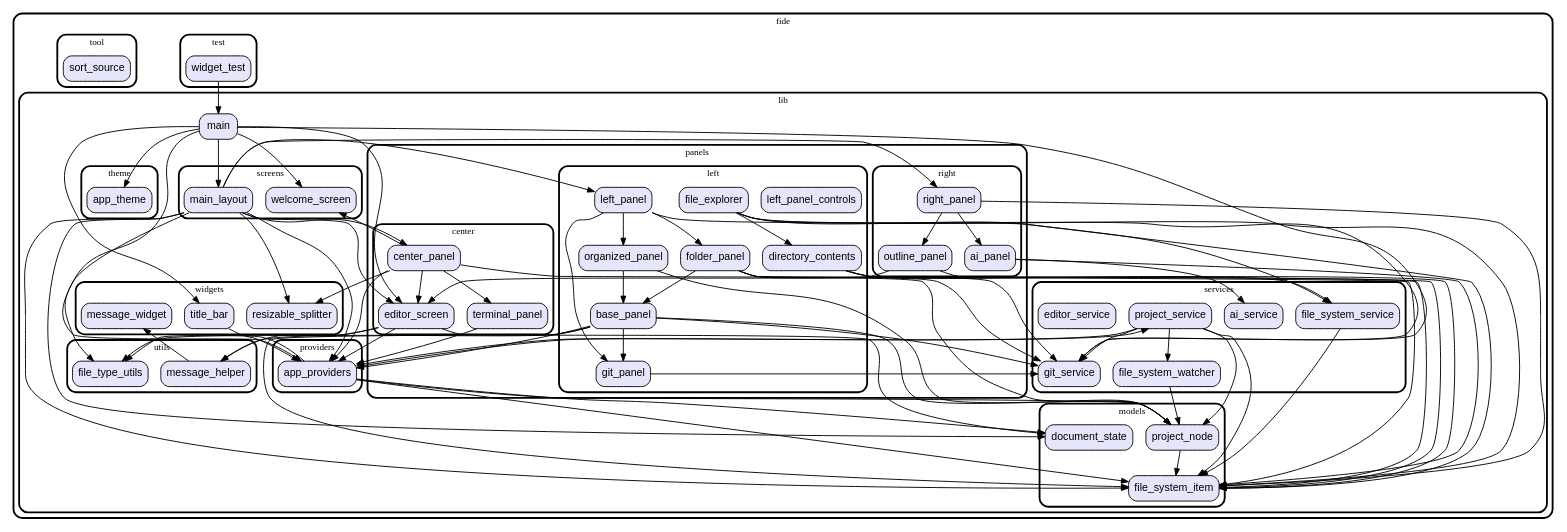
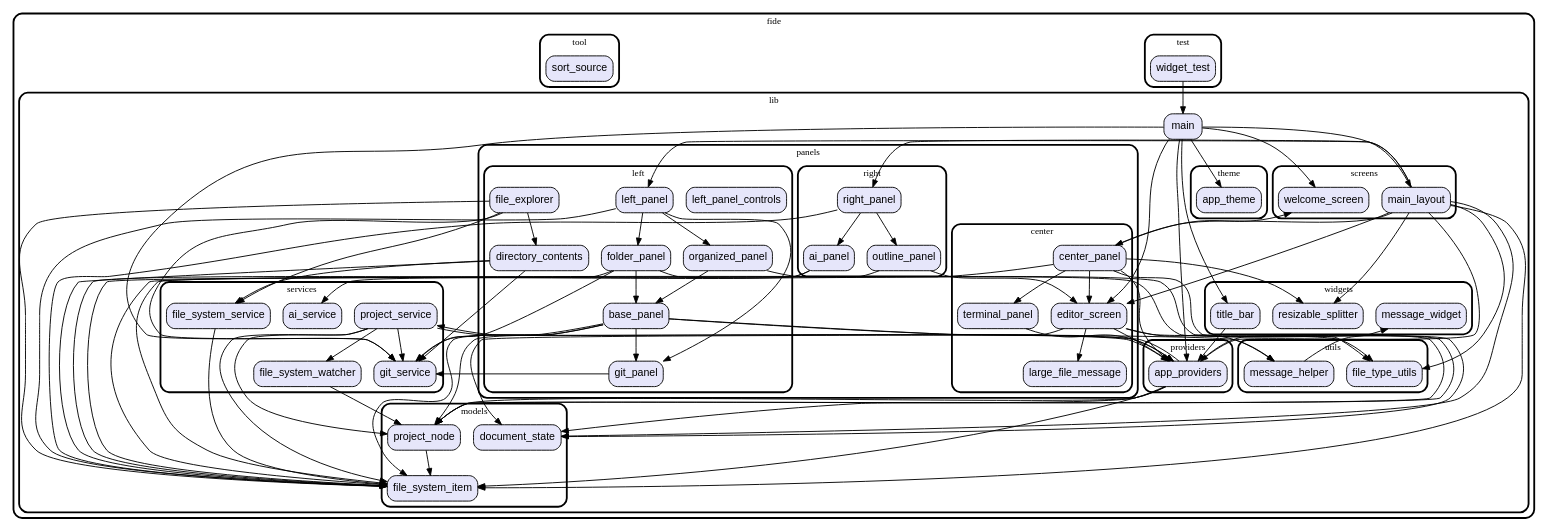
The diagram in graph.dot (vteam-com/FIDE), drawn with Graphviz before and after one commit. The commit also changed 10 other files, not shown here.

```diff
--- a/graph.dot
+++ b/graph.dot
@@ -1,194 +1,196 @@
 digraph "" {
   graph [style=rounded fontname="Arial Black" fontsize=13 penwidth=2.6];
   node [shape=rect style="filled,rounded" fontname=Arial fontsize=15 fillcolor=Lavender penwidth=1.3];
   edge [penwidth=1.3];
   "/test/widget_test.dart" [label="widget_test"];
   "/lib/providers/app_providers.dart" [label="app_providers"];
   "/lib/panels/right/outline_panel.dart" [label="outline_panel"];
   "/lib/panels/right/ai_panel.dart" [label="ai_panel"];
   "/lib/panels/right/right_panel.dart" [label="right_panel"];
+  "/lib/panels/center/large_file_message.dart" [label="large_file_message"];
   "/lib/panels/center/editor_screen.dart" [label="editor_screen"];
   "/lib/panels/center/terminal_panel.dart" [label="terminal_panel"];
   "/lib/panels/center/center_panel.dart" [label="center_panel"];
   "/lib/panels/left/git_panel.dart" [label="git_panel"];
   "/lib/panels/left/left_panel_controls.dart" [label="left_panel_controls"];
   "/lib/panels/left/base_panel.dart" [label="base_panel"];
   "/lib/panels/left/directory_contents.dart" [label="directory_contents"];
   "/lib/panels/left/folder_panel.dart" [label="folder_panel"];
   "/lib/panels/left/file_explorer.dart" [label="file_explorer"];
   "/lib/panels/left/left_panel.dart" [label="left_panel"];
   "/lib/panels/left/organized_panel.dart" [label="organized_panel"];
   "/lib/utils/message_helper.dart" [label="message_helper"];
   "/lib/utils/file_type_utils.dart" [label="file_type_utils"];
   "/lib/models/project_node.dart" [label="project_node"];
   "/lib/models/document_state.dart" [label="document_state"];
   "/lib/models/file_system_item.dart" [label="file_system_item"];
   "/lib/screens/main_layout.dart" [label="main_layout"];
   "/lib/screens/welcome_screen.dart" [label="welcome_screen"];
   "/lib/main.dart" [label="main"];
   "/lib/theme/app_theme.dart" [label="app_theme"];
   "/lib/services/project_service.dart" [label="project_service"];
   "/lib/services/git_service.dart" [label="git_service"];
   "/lib/services/file_system_watcher.dart" [label="file_system_watcher"];
   "/lib/services/ai_service.dart" [label="ai_service"];
   "/lib/services/file_system_service.dart" [label="file_system_service"];
-  "/lib/services/editor_service.dart" [label="editor_service"];
   "/lib/widgets/resizable_splitter.dart" [label="resizable_splitter"];
   "/lib/widgets/title_bar.dart" [label="title_bar"];
   "/lib/widgets/message_widget.dart" [label="message_widget"];
   "/tool/sort_source.dart" [label="sort_source"];
   subgraph "cluster~" {
     label="fide";
     subgraph "cluster~/test" {
       label="test";
       "/test/widget_test.dart";
     }
     subgraph "cluster~/lib" {
       label="lib";
       "/lib/main.dart";
       subgraph "cluster~/lib/providers" {
         label="providers";
         "/lib/providers/app_providers.dart";
       }
       subgraph "cluster~/lib/panels" {
         label="panels";
         subgraph "cluster~/lib/panels/right" {
           label="right";
           "/lib/panels/right/outline_panel.dart";
           "/lib/panels/right/ai_panel.dart";
           "/lib/panels/right/right_panel.dart";
         }
         subgraph "cluster~/lib/panels/center" {
           label="center";
+          "/lib/panels/center/large_file_message.dart";
           "/lib/panels/center/editor_screen.dart";
           "/lib/panels/center/terminal_panel.dart";
           "/lib/panels/center/center_panel.dart";
         }
         subgraph "cluster~/lib/panels/left" {
           label="left";
           "/lib/panels/left/git_panel.dart";
           "/lib/panels/left/left_panel_controls.dart";
           "/lib/panels/left/base_panel.dart";
           "/lib/panels/left/directory_contents.dart";
           "/lib/panels/left/folder_panel.dart";
           "/lib/panels/left/file_explorer.dart";
           "/lib/panels/left/left_panel.dart";
           "/lib/panels/left/organized_panel.dart";
         }
       }
       subgraph "cluster~/lib/utils" {
         label="utils";
         "/lib/utils/message_helper.dart";
         "/lib/utils/file_type_utils.dart";
       }
       subgraph "cluster~/lib/models" {
         label="models";
         "/lib/models/project_node.dart";
         "/lib/models/document_state.dart";
         "/lib/models/file_system_item.dart";
       }
       subgraph "cluster~/lib/screens" {
         label="screens";
         "/lib/screens/main_layout.dart";
         "/lib/screens/welcome_screen.dart";
       }
       subgraph "cluster~/lib/theme" {
         label="theme";
         "/lib/theme/app_theme.dart";
       }
       subgraph "cluster~/lib/services" {
         label="services";
         "/lib/services/project_service.dart";
         "/lib/services/git_service.dart";
         "/lib/services/file_system_watcher.dart";
         "/lib/services/ai_service.dart";
         "/lib/services/file_system_service.dart";
-        "/lib/services/editor_service.dart";
       }
       subgraph "cluster~/lib/widgets" {
         label="widgets";
         "/lib/widgets/resizable_splitter.dart";
         "/lib/widgets/title_bar.dart";
         "/lib/widgets/message_widget.dart";
       }
     }
     subgraph "cluster~/tool" {
       label="tool";
       "/tool/sort_source.dart";
     }
   }
   "/test/widget_test.dart" -> "/lib/main.dart";
   "/lib/providers/app_providers.dart" -> "/lib/models/file_system_item.dart";
   "/lib/providers/app_providers.dart" -> "/lib/models/project_node.dart";
   "/lib/providers/app_providers.dart" -> "/lib/models/document_state.dart";
   "/lib/providers/app_providers.dart" -> "/lib/services/project_service.dart";
   "/lib/providers/app_providers.dart" -> "/lib/utils/file_type_utils.dart";
   "/lib/panels/right/outline_panel.dart" -> "/lib/models/file_system_item.dart";
   "/lib/panels/right/outline_panel.dart" -> "/lib/panels/center/editor_screen.dart";
   "/lib/panels/right/ai_panel.dart" -> "/lib/services/ai_service.dart";
   "/lib/panels/right/ai_panel.dart" -> "/lib/models/file_system_item.dart";
   "/lib/panels/right/right_panel.dart" -> "/lib/panels/right/outline_panel.dart";
   "/lib/panels/right/right_panel.dart" -> "/lib/panels/right/ai_panel.dart";
   "/lib/panels/right/right_panel.dart" -> "/lib/models/file_system_item.dart";
+  "/lib/panels/center/editor_screen.dart" -> "/lib/panels/center/large_file_message.dart";
   "/lib/panels/center/editor_screen.dart" -> "/lib/providers/app_providers.dart";
   "/lib/panels/center/editor_screen.dart" -> "/lib/utils/message_helper.dart";
   "/lib/panels/center/editor_screen.dart" -> "/lib/utils/file_type_utils.dart";
   "/lib/panels/center/editor_screen.dart" -> "/lib/models/document_state.dart";
   "/lib/panels/center/terminal_panel.dart" -> "/lib/providers/app_providers.dart";
+  "/lib/panels/center/center_panel.dart" -> "/lib/models/document_state.dart";
   "/lib/panels/center/center_panel.dart" -> "/lib/providers/app_providers.dart";
   "/lib/panels/center/center_panel.dart" -> "/lib/screens/welcome_screen.dart";
   "/lib/panels/center/center_panel.dart" -> "/lib/panels/center/editor_screen.dart";
   "/lib/panels/center/center_panel.dart" -> "/lib/panels/center/terminal_panel.dart";
   "/lib/panels/center/center_panel.dart" -> "/lib/widgets/resizable_splitter.dart";
   "/lib/panels/center/center_panel.dart" -> "/lib/models/file_system_item.dart";
   "/lib/panels/left/git_panel.dart" -> "/lib/services/git_service.dart";
   "/lib/panels/left/base_panel.dart" -> "/lib/models/project_node.dart";
   "/lib/panels/left/base_panel.dart" -> "/lib/models/file_system_item.dart";
   "/lib/panels/left/base_panel.dart" -> "/lib/services/git_service.dart";
   "/lib/panels/left/base_panel.dart" -> "/lib/utils/message_helper.dart";
   "/lib/panels/left/base_panel.dart" -> "/lib/panels/left/git_panel.dart";
   "/lib/panels/left/base_panel.dart" -> "/lib/providers/app_providers.dart";
   "/lib/panels/left/directory_contents.dart" -> "/lib/services/file_system_service.dart";
   "/lib/panels/left/directory_contents.dart" -> "/lib/services/git_service.dart";
   "/lib/panels/left/directory_contents.dart" -> "/lib/models/file_system_item.dart";
   "/lib/panels/left/folder_panel.dart" -> "/lib/models/project_node.dart";
   "/lib/panels/left/folder_panel.dart" -> "/lib/models/file_system_item.dart";
   "/lib/panels/left/folder_panel.dart" -> "/lib/services/git_service.dart";
   "/lib/panels/left/folder_panel.dart" -> "/lib/panels/left/base_panel.dart";
   "/lib/panels/left/file_explorer.dart" -> "/lib/services/file_system_service.dart";
   "/lib/panels/left/file_explorer.dart" -> "/lib/services/git_service.dart";
   "/lib/panels/left/file_explorer.dart" -> "/lib/models/file_system_item.dart";
   "/lib/panels/left/file_explorer.dart" -> "/lib/panels/left/directory_contents.dart";
   "/lib/panels/left/left_panel.dart" -> "/lib/panels/left/folder_panel.dart";
   "/lib/panels/left/left_panel.dart" -> "/lib/panels/left/organized_panel.dart";
   "/lib/panels/left/left_panel.dart" -> "/lib/panels/left/git_panel.dart";
   "/lib/panels/left/left_panel.dart" -> "/lib/models/file_system_item.dart";
   "/lib/panels/left/organized_panel.dart" -> "/lib/models/project_node.dart";
   "/lib/panels/left/organized_panel.dart" -> "/lib/panels/left/base_panel.dart";
   "/lib/utils/message_helper.dart" -> "/lib/widgets/message_widget.dart";
   "/lib/models/project_node.dart" -> "/lib/models/file_system_item.dart";
   "/lib/screens/main_layout.dart" -> "/lib/panels/center/editor_screen.dart";
   "/lib/screens/main_layout.dart" -> "/lib/providers/app_providers.dart";
   "/lib/screens/main_layout.dart" -> "/lib/models/file_system_item.dart";
   "/lib/screens/main_layout.dart" -> "/lib/models/document_state.dart";
   "/lib/screens/main_layout.dart" -> "/lib/utils/file_type_utils.dart";
   "/lib/screens/main_layout.dart" -> "/lib/widgets/resizable_splitter.dart";
   "/lib/screens/main_layout.dart" -> "/lib/panels/left/left_panel.dart";
   "/lib/screens/main_layout.dart" -> "/lib/panels/center/center_panel.dart";
   "/lib/screens/main_layout.dart" -> "/lib/panels/right/right_panel.dart";
   "/lib/main.dart" -> "/lib/providers/app_providers.dart";
   "/lib/main.dart" -> "/lib/screens/main_layout.dart";
   "/lib/main.dart" -> "/lib/widgets/title_bar.dart";
   "/lib/main.dart" -> "/lib/panels/center/editor_screen.dart";
   "/lib/main.dart" -> "/lib/screens/welcome_screen.dart";
   "/lib/main.dart" -> "/lib/services/git_service.dart";
   "/lib/main.dart" -> "/lib/theme/app_theme.dart";
   "/lib/services/project_service.dart" -> "/lib/models/project_node.dart";
   "/lib/services/project_service.dart" -> "/lib/models/file_system_item.dart";
   "/lib/services/project_service.dart" -> "/lib/services/git_service.dart";
   "/lib/services/project_service.dart" -> "/lib/services/file_system_watcher.dart";
   "/lib/services/project_service.dart" -> "/lib/providers/app_providers.dart";
   "/lib/services/file_system_watcher.dart" -> "/lib/models/project_node.dart";
   "/lib/services/file_system_service.dart" -> "/lib/models/file_system_item.dart";
   "/lib/widgets/title_bar.dart" -> "/lib/providers/app_providers.dart";
 }
```
